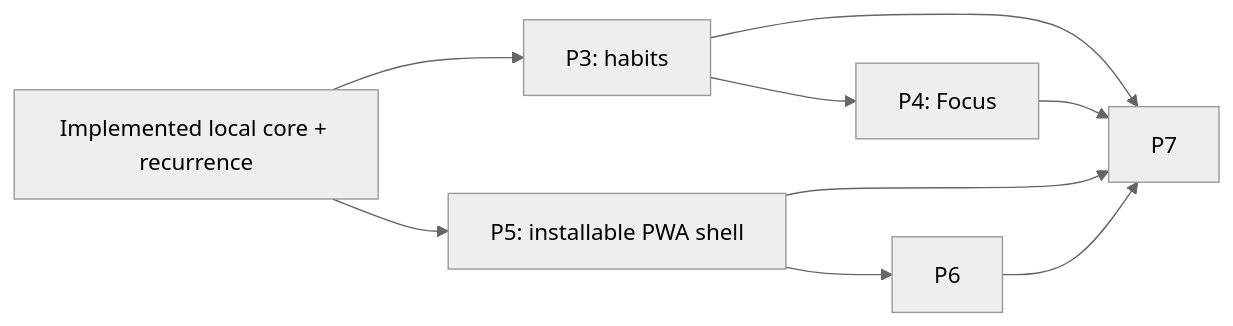
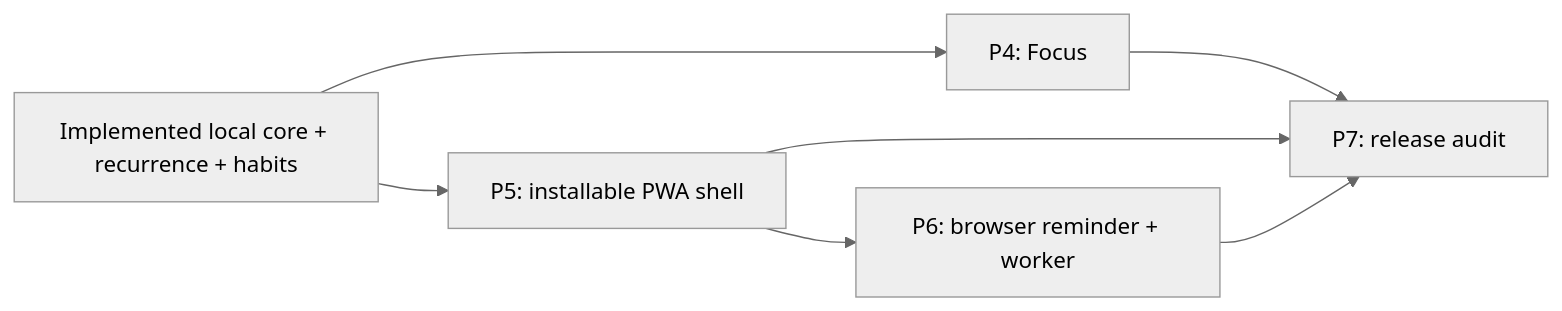
One commit to felixfirefighter/opentask changed the diagram in docs/IMPLEMENTATION_PLAN.md. Above: the diagram before and after it, drawn with Mermaid (neutral theme). The commit also changed other lines of this file and 222 other files, not shown here.

````diff
--- a/docs/IMPLEMENTATION_PLAN.md
+++ b/docs/IMPLEMENTATION_PLAN.md
@@ -24,11 +24,9 @@
 ```mermaid
 flowchart LR
-    BASELINE["Implemented local core + recurrence"] --> P3["P3: habits"]
+    BASELINE["Implemented local core + recurrence + habits"] --> P4["P4: Focus"]
     BASELINE --> P5["P5: installable PWA shell"]
-    P3 --> P4["P4: Focus"]
-    P5 --> P6
-    P3 --> P7
-    P4 --> P7
+    P5 --> P6["P6: browser reminder + worker"]
+    P4 --> P7["P7: release audit"]
     P5 --> P7
     P6 --> P7
 ```
````
